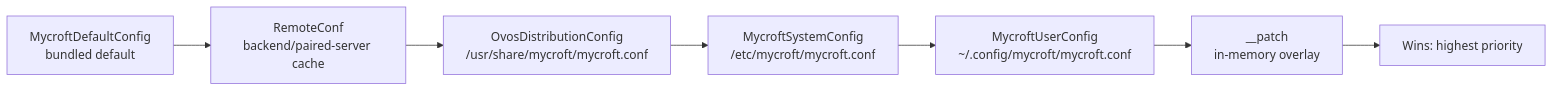
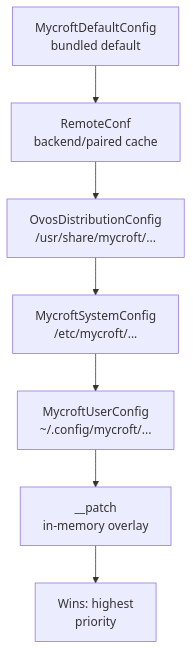
One commit to OpenVoiceOS/beta-technical-manual changed the diagram in docs/config.md. Above: the diagram before and after it, drawn with Mermaid. The commit also changed 19 other files, not shown here.

First line of the commit message:
docs: fit diagrams to the content column; arena live URL

````diff
--- a/docs/config.md
+++ b/docs/config.md
@@ -76,9 +76,9 @@
 ```mermaid
-flowchart LR
-    A[MycroftDefaultConfig<br/>bundled default] --> B[RemoteConf<br/>backend/paired-server cache]
-    B --> C[OvosDistributionConfig<br/>/usr/share/mycroft/mycroft.conf]
-    C --> D[MycroftSystemConfig<br/>/etc/mycroft/mycroft.conf]
-    D --> E[MycroftUserConfig<br/>~/.config/mycroft/mycroft.conf]
-    E --> F[__patch<br/>in-memory overlay]
-    F --> W[Wins: highest priority]
+flowchart TD
+    A["MycroftDefaultConfig<br/>bundled default"] --> B["RemoteConf<br/>backend/paired cache"]
+    B --> C["OvosDistributionConfig<br/>/usr/share/mycroft/..."]
+    C --> D["MycroftSystemConfig<br/>/etc/mycroft/..."]
+    D --> E["MycroftUserConfig<br/>~/.config/mycroft/..."]
+    E --> F["__patch<br/>in-memory overlay"]
+    F --> W["Wins: highest<br/>priority"]
 ```
````
